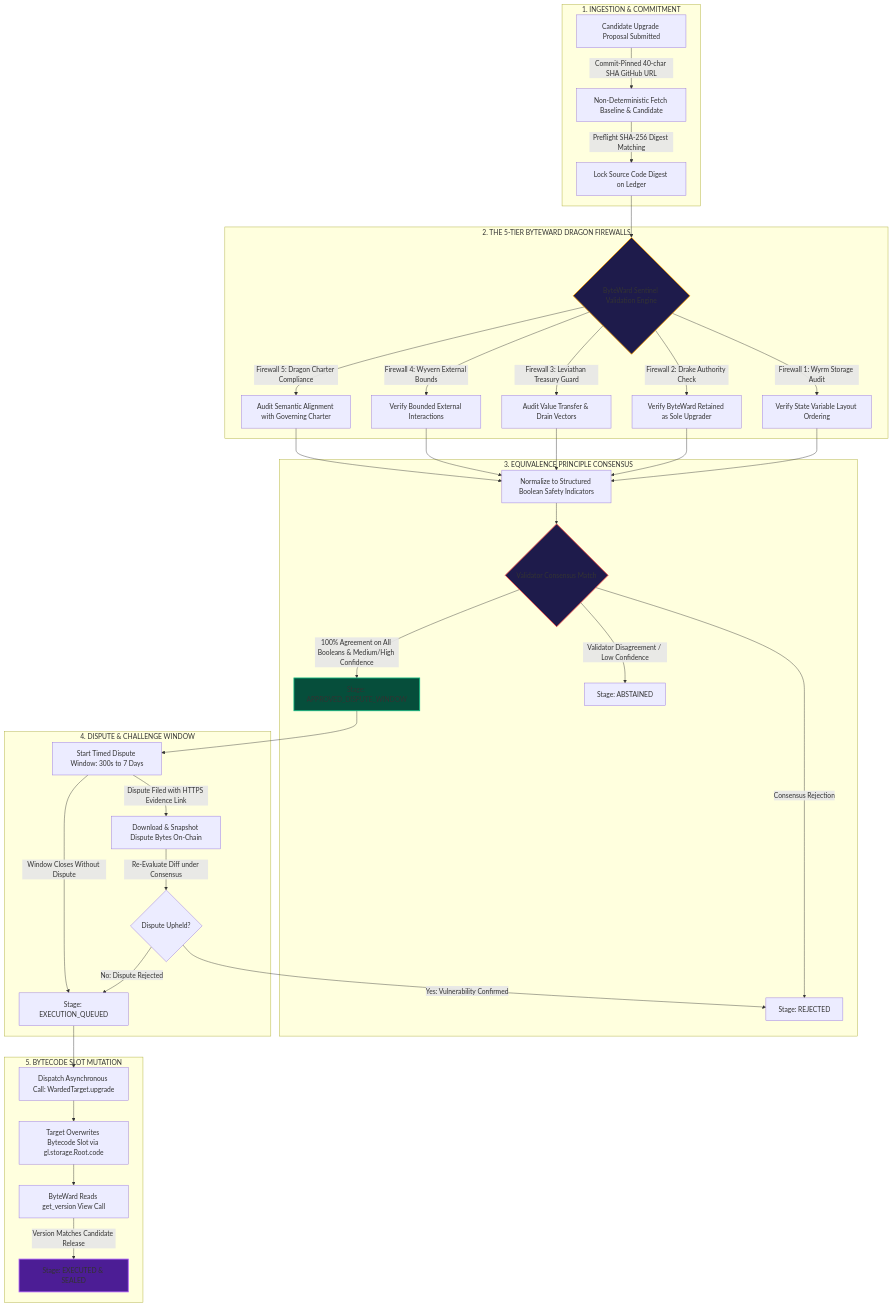
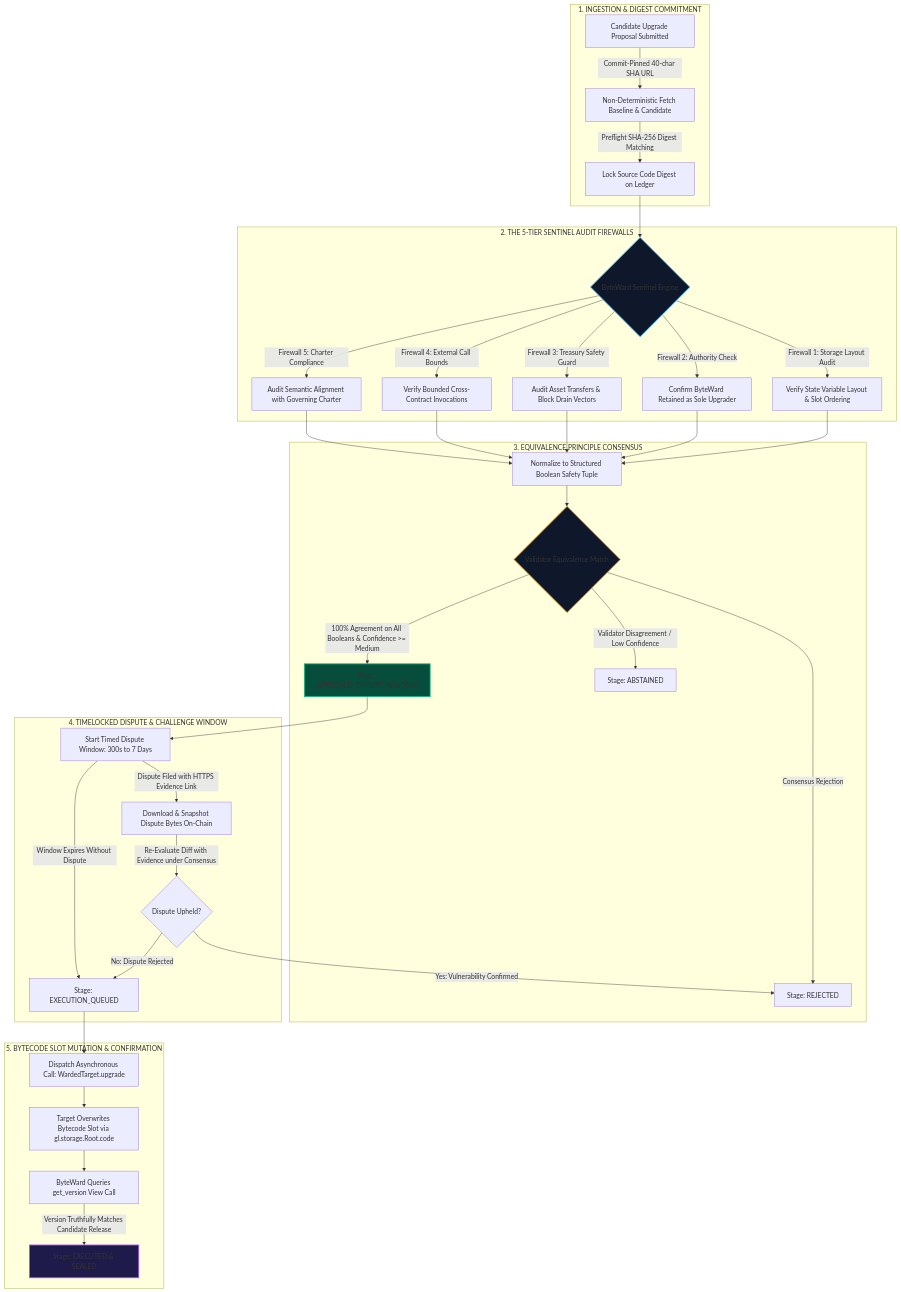
Before and after one commit to ODbeke/byteward: the diagram in README.md, drawn with Mermaid. The commit also changed other lines of this file, not shown here.

Commit message:
docs: write comprehensive enterprise-grade README with architecture diagrams, firewalls, and contract specs

````diff
--- a/README.md
+++ b/README.md
@@ -13,45 +53,45 @@
 ```mermaid
 flowchart TD
-    subgraph INGESTION["1. INGESTION & COMMITMENT"]
-        A[Candidate Upgrade Proposal Submitted] -->|Commit-Pinned 40-char SHA GitHub URL| B[Non-Deterministic Fetch Baseline & Candidate]
+    subgraph INGESTION["1. INGESTION & DIGEST COMMITMENT"]
+        A[Candidate Upgrade Proposal Submitted] -->|Commit-Pinned 40-char SHA URL| B[Non-Deterministic Fetch Baseline & Candidate]
         B -->|Preflight SHA-256 Digest Matching| C[Lock Source Code Digest on Ledger]
     end
 
-    subgraph FIREWALLS["2. THE 5-TIER BYTEWARD DRAGON FIREWALLS"]
-        C --> D{ByteWard Sentinel Validation Engine}
-        D -->|Firewall 1: Wyrm Storage Audit| E[Verify State Variable Layout Ordering]
-        D -->|Firewall 2: Drake Authority Check| F[Verify ByteWard Retained as Sole Upgrader]
-        D -->|Firewall 3: Leviathan Treasury Guard| G[Audit Value Transfer & Drain Vectors]
-        D -->|Firewall 4: Wyvern External Bounds| H[Verify Bounded External Interactions]
-        D -->|Firewall 5: Dragon Charter Compliance| I[Audit Semantic Alignment with Governing Charter]
+    subgraph FIREWALLS["2. THE 5-TIER SENTINEL AUDIT FIREWALLS"]
+        C --> D{ByteWard Sentinel Engine}
+        D -->|Firewall 1: Storage Layout Audit| E[Verify State Variable Layout & Slot Ordering]
+        D -->|Firewall 2: Authority Check| F[Confirm ByteWard Retained as Sole Upgrader]
+        D -->|Firewall 3: Treasury Safety Guard| G[Audit Asset Transfers & Block Drain Vectors]
+        D -->|Firewall 4: External Call Bounds| H[Verify Bounded Cross-Contract Invocations]
+        D -->|Firewall 5: Charter Compliance| I[Audit Semantic Alignment with Governing Charter]
     end
 
     subgraph CONSENSUS["3. EQUIVALENCE PRINCIPLE CONSENSUS"]
-        E & F & G & H & I --> J[Normalize to Structured Boolean Safety Indicators]
-        J --> K{Validator Consensus Match}
-        K -->|100% Agreement on All Booleans & Medium/High Confidence| L[Stage: APPROVED_DISPUTE_WINDOW]
+        E & F & G & H & I --> J[Normalize to Structured Boolean Safety Tuple]
+        J --> K{Validator Equivalence Match}
+        K -->|100% Agreement on All Booleans & Confidence >= Medium| L[Stage: APPROVED_DISPUTE_WINDOW]
         K -->|Consensus Rejection| M[Stage: REJECTED]
         K -->|Validator Disagreement / Low Confidence| N[Stage: ABSTAINED]
     end
 
-    subgraph DISPUTE["4. DISPUTE & CHALLENGE WINDOW"]
+    subgraph DISPUTE["4. TIMELOCKED DISPUTE & CHALLENGE WINDOW"]
         L --> O[Start Timed Dispute Window: 300s to 7 Days]
         O -->|Dispute Filed with HTTPS Evidence Link| P[Download & Snapshot Dispute Bytes On-Chain]
-        P -->|Re-Evaluate Diff under Consensus| Q{Dispute Upheld?}
+        P -->|Re-Evaluate Diff with Evidence under Consensus| Q{Dispute Upheld?}
         Q -->|Yes: Vulnerability Confirmed| M
         Q -->|No: Dispute Rejected| R[Stage: EXECUTION_QUEUED]
-        O -->|Window Closes Without Dispute| R
+        O -->|Window Expires Without Dispute| R
     end
 
-    subgraph EXECUTION["5. BYTECODE SLOT MUTATION"]
+    subgraph EXECUTION["5. BYTECODE SLOT MUTATION & CONFIRMATION"]
         R --> S[Dispatch Asynchronous Call: WardedTarget.upgrade]
         S --> T[Target Overwrites Bytecode Slot via gl.storage.Root.code]
-        T --> U[ByteWard Reads get_version View Call]
-        U -->|Version Matches Candidate Release| V[Stage: EXECUTED & SEALED]
+        T --> U[ByteWard Queries get_version View Call]
+        U -->|Version Truthfully Matches Candidate Release| V[Stage: EXECUTED & SEALED]
     end
 
-    style D fill:#1e1b4b,stroke:#f59e0b,stroke-width:2px
-    style K fill:#1e1b4b,stroke:#ef4444,stroke-width:2px
+    style D fill:#0f172a,stroke:#38bdf8,stroke-width:2px
+    style K fill:#0f172a,stroke:#f59e0b,stroke-width:2px
     style L fill:#064e3b,stroke:#10b981,stroke-width:2px
-    style V fill:#4c1d95,stroke:#a855f7,stroke-width:2px
+    style V fill:#1e1b4b,stroke:#a855f7,stroke-width:2px
 ```
````
